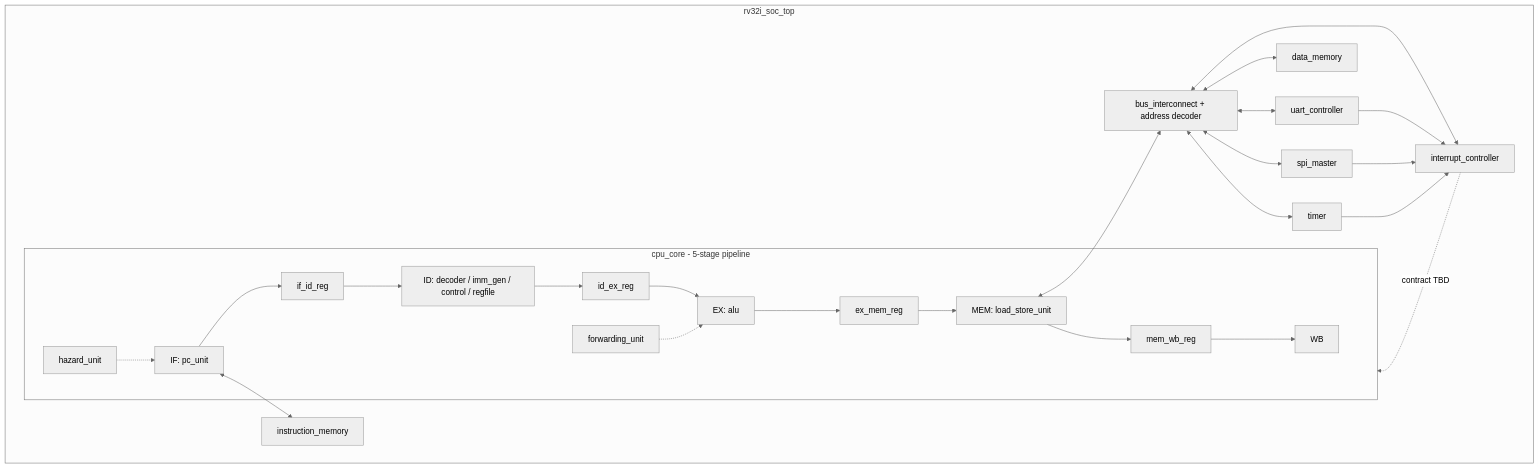
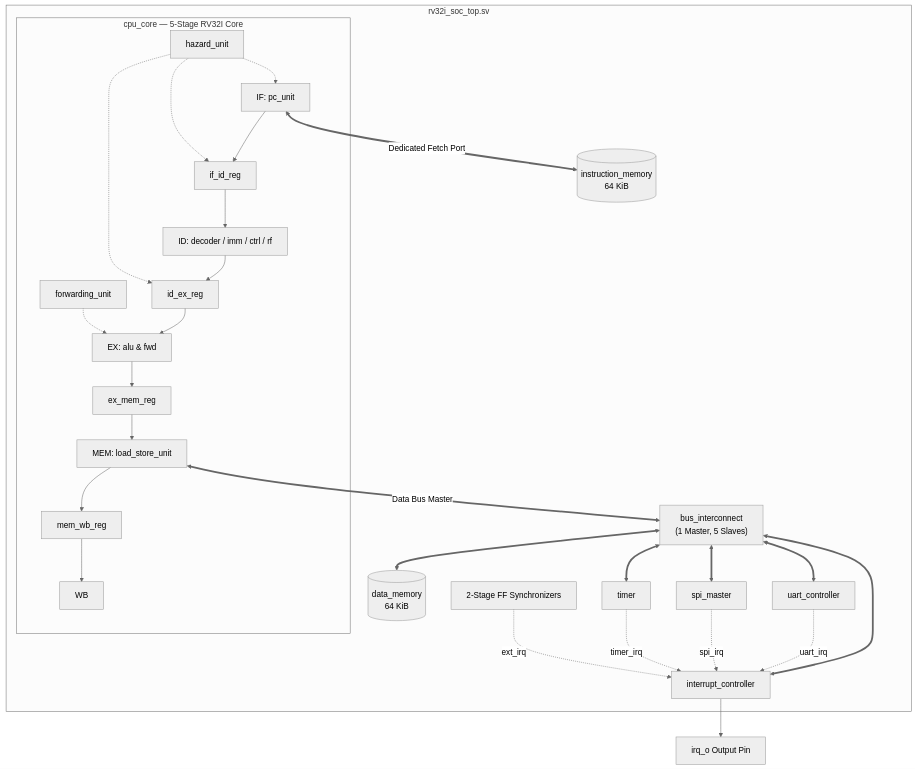
Before and after one commit to harshvardhan-31/RV32I-RISC-V-SoC-Design-and-Verification: the diagram in docs/architecture.md, drawn with Mermaid (neutral theme). The commit also changed other lines of this file and 48 other files, not shown here.

First line of the commit message:
feat(phase4): Implement memory subsystem, bus interconnect, peripherals, and SoC top

````diff
--- a/docs/architecture.md
+++ b/docs/architecture.md
@@ -32,28 +34,33 @@
 ```mermaid
 flowchart TB
-  subgraph TOP[rv32i_soc_top]
-    subgraph CPU[cpu_core - 5-stage pipeline]
-      IF[IF: pc_unit] --> IFID[if_id_reg] --> ID[ID: decoder / imm_gen / control / regfile] --> IDEX[id_ex_reg] --> EX[EX: alu] --> EXMEM[ex_mem_reg] --> MEM[MEM: load_store_unit] --> MEMWB[mem_wb_reg] --> WB[WB]
-      HZ[hazard_unit] -.-> IF
-      FW[forwarding_unit] -.-> EX
+  subgraph TOP["rv32i_soc_top.sv"]
+    subgraph CPU["cpu_core — 5-Stage RV32I Core"]
+      IF["IF: pc_unit"] --> IFID["if_id_reg"] --> ID["ID: decoder / imm / ctrl / rf"] --> IDEX["id_ex_reg"] --> EX["EX: alu & fwd"] --> EXMEM["ex_mem_reg"] --> MEM["MEM: load_store_unit"] --> MEMWB["mem_wb_reg"] --> WB["WB"]
+      HZ["hazard_unit"] -.-> IF & IFID & IDEX
+      FW["forwarding_unit"] -.-> EX
     end
-    IMEM[instruction_memory]
-    BUS[bus_interconnect + address decoder]
-    DMEM[data_memory]
-    UART[uart_controller]
-    SPI[spi_master]
-    TMR[timer]
-    IRQ[interrupt_controller]
+    IMEM[("instruction_memory<br/>64 KiB")]
+    BUS["bus_interconnect<br/>(1 Master, 5 Slaves)"]
+    DMEM[("data_memory<br/>64 KiB")]
+    UART["uart_controller"]
+    SPI["spi_master"]
+    TMR["timer"]
+    IRQ["interrupt_controller"]
+    SYNC["2-Stage FF Synchronizers"]
   end
-  IF <--> IMEM
-  MEM <--> BUS
-  BUS <--> DMEM
-  BUS <--> UART
-  BUS <--> SPI
-  BUS <--> TMR
-  BUS <--> IRQ
-  UART --> IRQ
-  SPI --> IRQ
-  TMR --> IRQ
-  IRQ -. contract TBD .-> CPU
+
+  IF <== "Dedicated Fetch Port" ==> IMEM
+  MEM <== "Data Bus Master" ==> BUS
+  BUS <==> DMEM
+  BUS <==> UART
+  BUS <==> SPI
+  BUS <==> TMR
+  BUS <==> IRQ
+
+  UART -. uart_irq .-> IRQ
+  SPI -. spi_irq .-> IRQ
+  TMR -. timer_irq .-> IRQ
+
+  SYNC -. ext_irq .-> IRQ
+  IRQ --> SOC_IRQ["irq_o Output Pin"]
 ```
````
